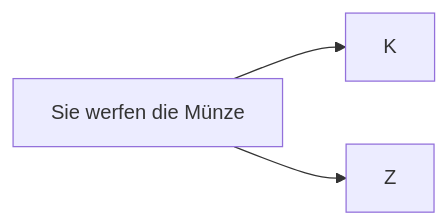
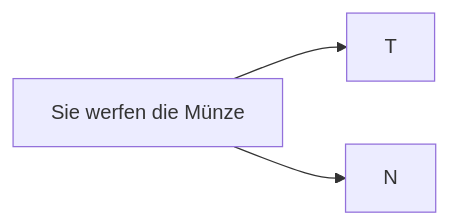
One commit to sebastiansauer/start-bayes changed the first of 4 diagrams in 0300-Wskt.qmd. Above: the diagram before and after it, drawn with Mermaid. The commit also changed other lines of this file and 464 other files, not shown here.

````diff
--- a/0300-Wskt.qmd
+++ b/0300-Wskt.qmd
@@ -326,7 +326,7 @@
 ```{mermaid}
 %%| label: fig-baummuenz1
 %%| fig-cap: Sie werfen eine Münze. Party oder Lernen???
 flowchart LR
- M[Sie werfen die Münze] --> K
- M --> Z
+ M[Sie werfen die Münze] --> T
+ M --> N
 ```
````
